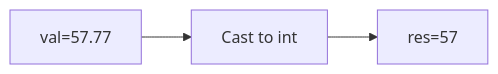
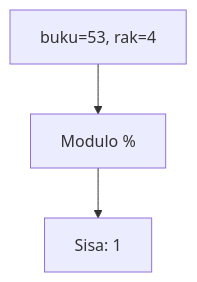
Before and after one commit to amnahwaida/OSNK_INF_PREP: the fifth of 25 diagrams in part-c-pemahaman-cpp/01-tipe-data/latihan/set-04.md, drawn with Mermaid. The commit also changed other lines of this file and 71 other files, not shown here.

````diff
--- a/part-c-pemahaman-cpp/01-tipe-data/latihan/set-04.md
+++ b/part-c-pemahaman-cpp/01-tipe-data/latihan/set-04.md
@@ -129,5 +135,5 @@
 ```mermaid
-graph LR
-A["val=57.77"] --> B["Cast to int"]
-B --> C["res=57"]
+graph TD
+A["buku=53, rak=4"] --> B["Modulo %"]
+B --> C["Sisa: 1"]
 ```
````
